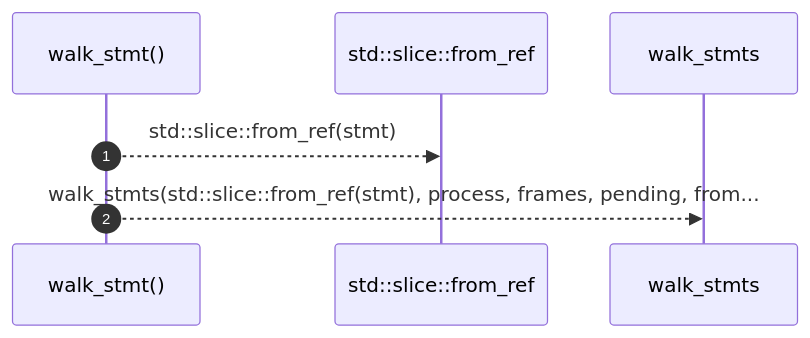
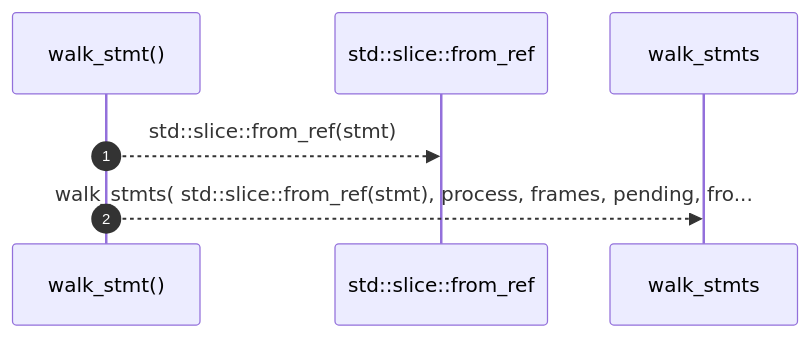
Before and after one commit to RyanGuild/self-describing-code: the diagram in docs/self-model/robby_extract/typescript/walk-stmt.md, drawn with Mermaid. The commit also changed other lines of this file and 747 other files, not shown here.

````diff
--- a/docs/self-model/robby_extract/typescript/walk-stmt.md
+++ b/docs/self-model/robby_extract/typescript/walk-stmt.md
@@ -25,9 +32,9 @@
 ```mermaid
 sequenceDiagram
     autonumber
     participant walk_stmt as walk_stmt()
     participant std__slice__from_ref as std::slice::from_ref
     participant walk_stmts as walk_stmts
     walk_stmt-->>std__slice__from_ref: std::slice::from_ref(stmt)
-    walk_stmt-->>walk_stmts: walk_stmts(std::slice::from_ref(stmt), process, frames, pending, from...
+    walk_stmt-->>walk_stmts: walk_stmts( std::slice::from_ref(stmt), process, frames, pending, fro...
 ```
````
